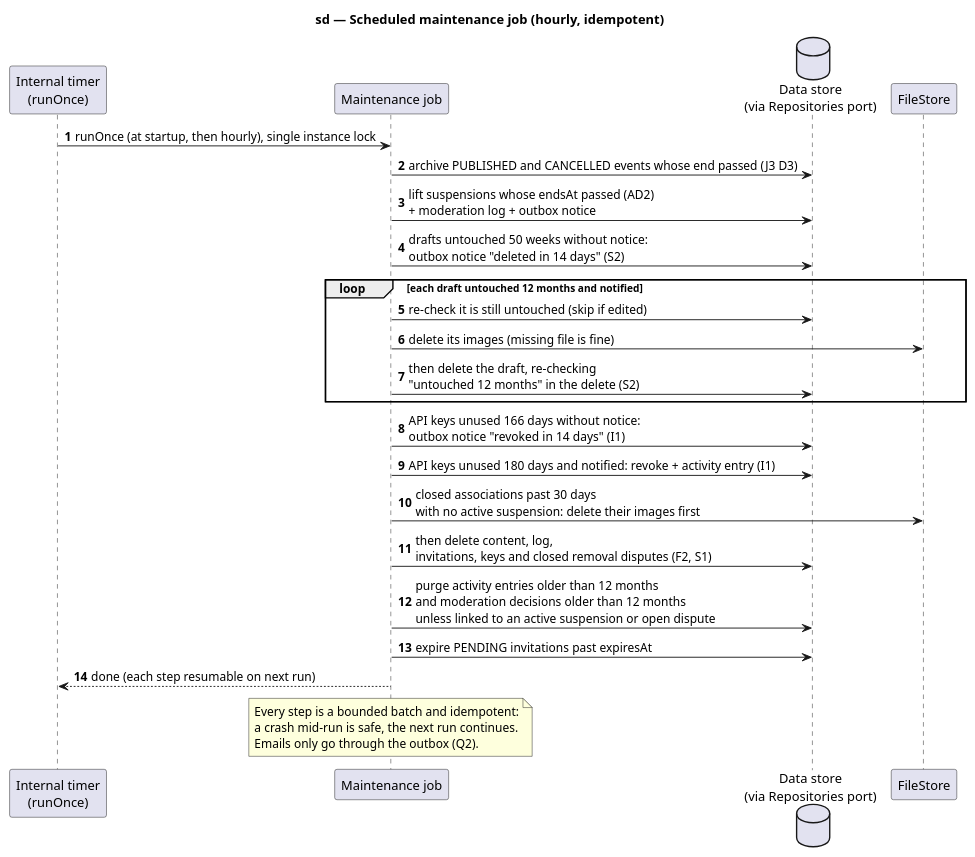
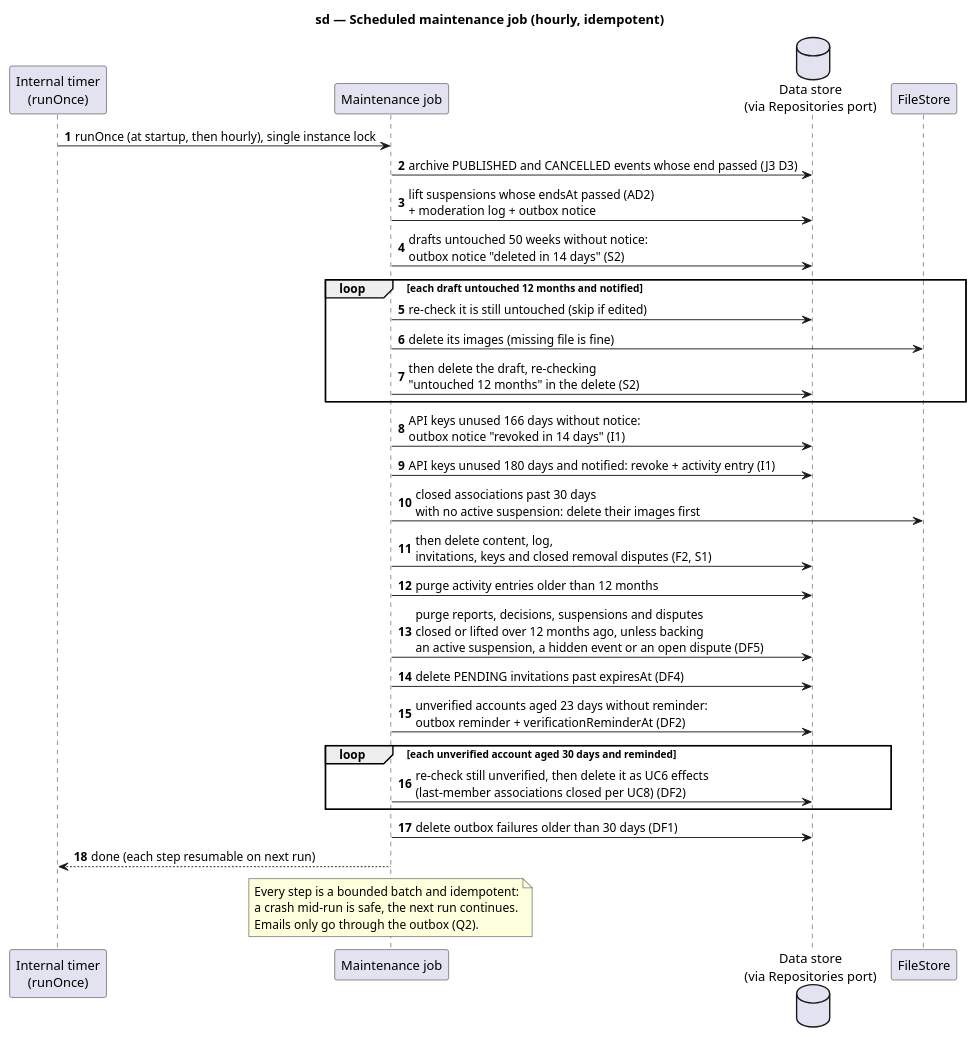
Before and after one commit to benoit-bremaud/HappiHub: the diagram in docs/architecture/diagrams/v1-events/02d-sequence-scheduled-job.puml, drawn with PlantUML. The commit also changed 10 other files, not shown here.

First line of the commit message:
docs(uml): align sequences and use cases with DF4/DF5 after review

```diff
--- a/docs/architecture/diagrams/v1-events/02d-sequence-scheduled-job.puml
+++ b/docs/architecture/diagrams/v1-events/02d-sequence-scheduled-job.puml
@@ -1,31 +1,37 @@
 @startuml
 title sd — Scheduled maintenance job (hourly, idempotent)
 skinparam shadowing false
 autonumber
 participant "Internal timer\n(runOnce)" as S
 participant "Maintenance job" as J
 database "Data store\n(via Repositories port)" as D
 participant "FileStore" as F
 
 S -> J : runOnce (at startup, then hourly), single instance lock
 J -> D : archive PUBLISHED and CANCELLED events whose end passed (J3 D3)
 J -> D : lift suspensions whose endsAt passed (AD2)\n+ moderation log + outbox notice
 J -> D : drafts untouched 50 weeks without notice:\noutbox notice "deleted in 14 days" (S2)
 loop each draft untouched 12 months and notified
   J -> D : re-check it is still untouched (skip if edited)
   J -> F : delete its images (missing file is fine)
   J -> D : then delete the draft, re-checking\n"untouched 12 months" in the delete (S2)
 end
 J -> D : API keys unused 166 days without notice:\noutbox notice "revoked in 14 days" (I1)
 J -> D : API keys unused 180 days and notified: revoke + activity entry (I1)
 J -> F : closed associations past 30 days\nwith no active suspension: delete their images first
 J -> D : then delete content, log,\ninvitations, keys and closed removal disputes (F2, S1)
-J -> D : purge activity entries older than 12 months\nand moderation decisions older than 12 months\nunless linked to an active suspension or open dispute
-J -> D : expire PENDING invitations past expiresAt
+J -> D : purge activity entries older than 12 months
+J -> D : purge reports, decisions, suspensions and disputes\nclosed or lifted over 12 months ago, unless backing\nan active suspension, a hidden event or an open dispute (DF5)
+J -> D : delete PENDING invitations past expiresAt (DF4)
+J -> D : unverified accounts aged 23 days without reminder:\noutbox reminder + verificationReminderAt (DF2)
+loop each unverified account aged 30 days and reminded
+  J -> D : re-check still unverified, then delete it as UC6 effects\n(last-member associations closed per UC8) (DF2)
+end
+J -> D : delete outbox failures older than 30 days (DF1)
 J --> S : done (each step resumable on next run)
 note over J
   Every step is a bounded batch and idempotent:
   a crash mid-run is safe, the next run continues.
   Emails only go through the outbox (Q2).
 end note
 @enduml
```
